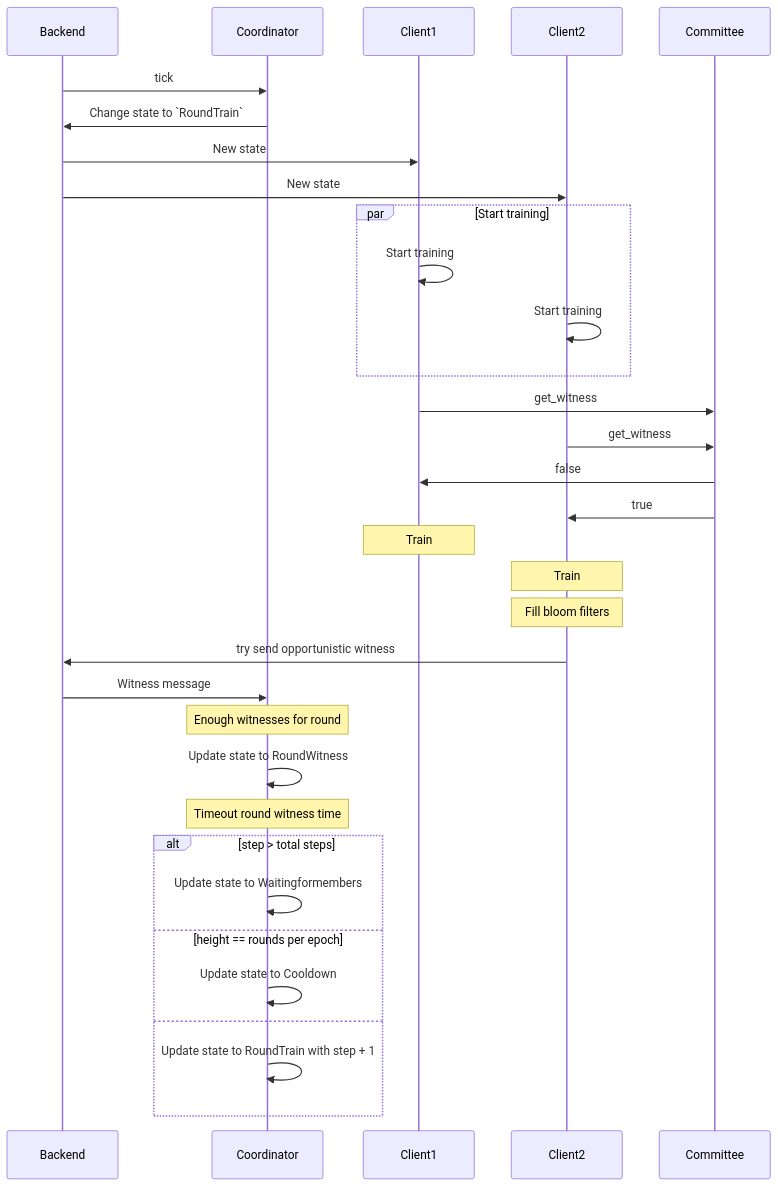
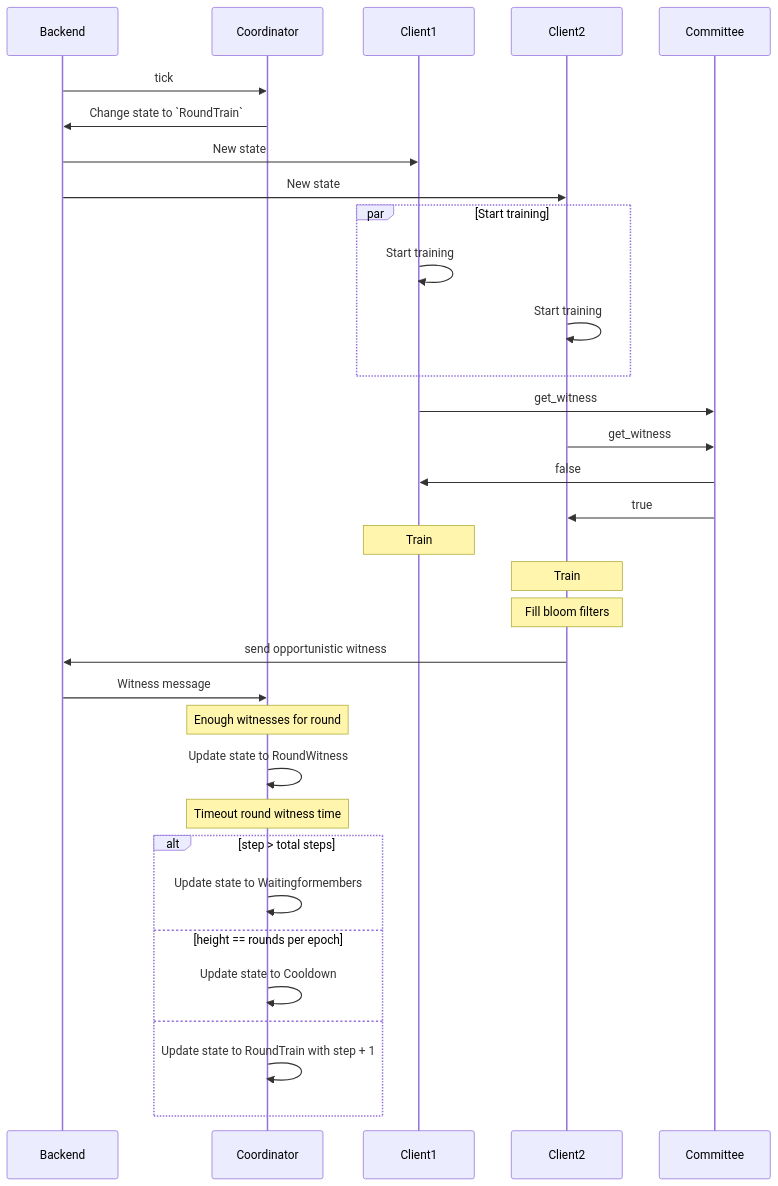
The fourth of 7 diagrams in psyche-book/src/explain/general-workflow.md (PsycheFoundation/psyche), drawn with Mermaid before and after one commit. The commit also changed other lines of this file and 9 other files, not shown here.

````diff
--- a/psyche-book/src/explain/general-workflow.md
+++ b/psyche-book/src/explain/general-workflow.md
@@ -113,30 +143,30 @@
 ```mermaid
 sequenceDiagram
     Backend->>Coordinator: tick
     Coordinator->>Backend: Change state to `RoundTrain`
     Backend->>Client1: New state
     Backend->>Client2: New state
     par Start training
         Client1->>Client1: Start training
         Client2->>Client2: Start training
     end
     Client1->>Committee: get_witness
     Client2->>Committee: get_witness
     Committee->>Client1: false
     Committee->>Client2: true
     Note over Client1: Train
     Note over Client2: Train
     Note over Client2: Fill bloom filters
-    Client2->>Backend: try send opportunistic witness
+    Client2->>Backend: send opportunistic witness
     Backend->>Coordinator: Witness message
     Note over Coordinator: Enough witnesses for round
     Coordinator->>Coordinator: Update state to RoundWitness
     Note over Coordinator: Timeout round witness time
     alt step > total steps
         Coordinator->>Coordinator: Update state to Waitingformembers
     else height == rounds per epoch
         Coordinator->>Coordinator: Update state to Cooldown
     else
         Coordinator->>Coordinator: Update state to RoundTrain with step + 1
     end
 ```
````
